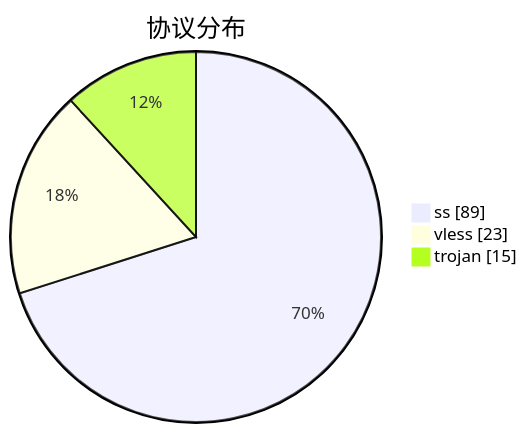
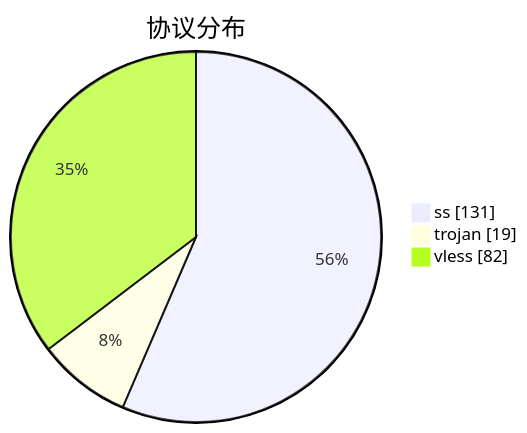
Before and after one commit to qjlxg/airport: the third of 3 diagrams in subs/statistics/tested_within.md, drawn with Mermaid. The commit also changed other lines of this file and 2 other files, not shown here.

````diff
--- a/subs/statistics/tested_within.md
+++ b/subs/statistics/tested_within.md
@@ -32,7 +37,7 @@
 ```mermaid
 pie showData
 title 协议分布
-"ss" : 89
-"vless" : 23
-"trojan" : 15
+"ss" : 131
+"trojan" : 19
+"vless" : 82
 ```
````
